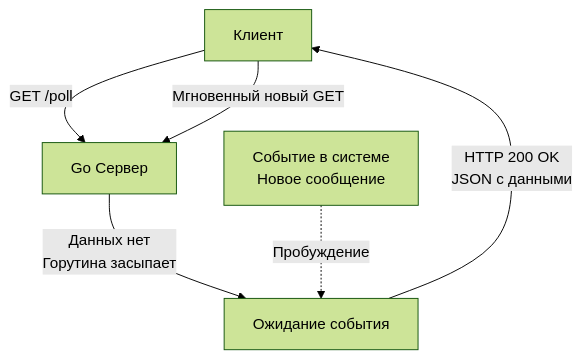
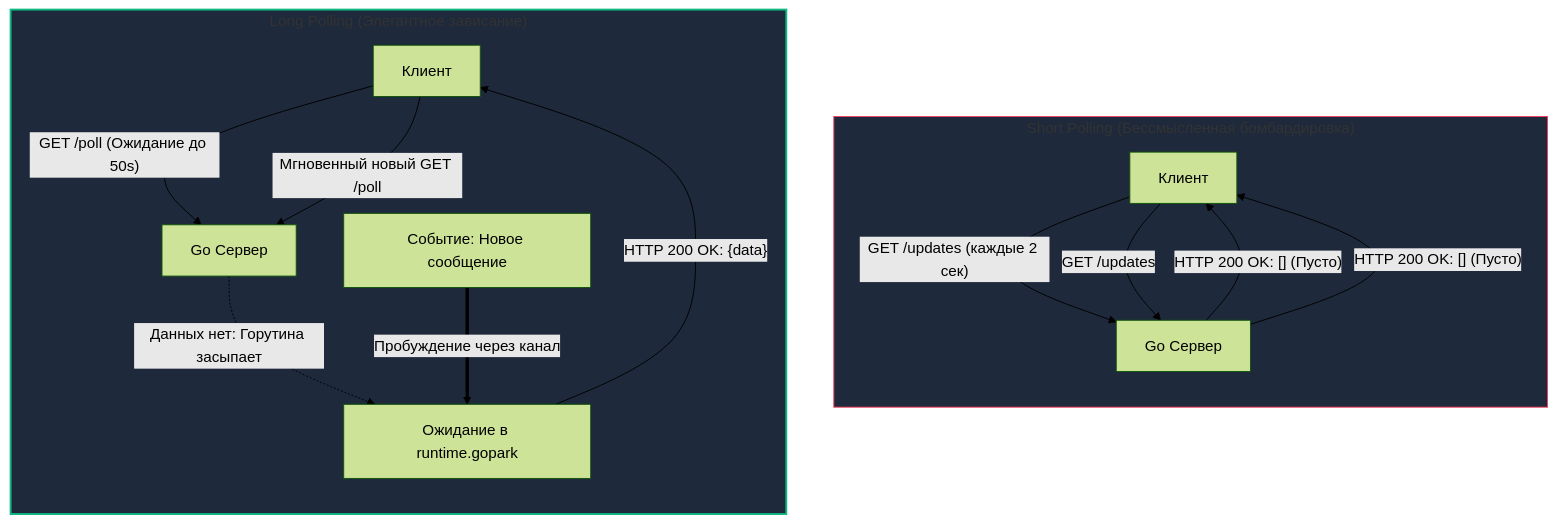
Before and after one commit to UnrealTemplier/go-textbook: the first of 3 diagrams in sources/10. Проектирование API и Сетевые протоколы/24. Long polling.md, drawn with Mermaid (forest theme). The commit also changed other lines of this file, not shown here.

````diff
--- a/sources/10. Проектирование API и Сетевые протоколы/24. Long polling.md
+++ b/sources/10. Проектирование API и Сетевые протоколы/24. Long polling.md
@@ -22,11 +28,22 @@
 ```mermaid
 flowchart TD
-    Client["Клиент"] -->|"GET /poll"| Server["Go Сервер"]
-    
-    Server -->|"Данных нет<br>Горутина засыпает"| Wait["Ожидание события"]
-    
-    Event["Событие в системе<br>Новое сообщение"] -.->|"Пробуждение"| Wait
-    
-    Wait -->|"HTTP 200 OK<br>JSON с данными"| Client
-    Client -->|"Мгновенный новый GET"| Server
+    subgraph SP ["Short Polling (Бессмысленная бомбардировка)"]
+        direction TB
+        C1["Клиент"] -->|"GET /updates (каждые 2 сек)"| S1["Go Сервер"]
+        S1 -->|"HTTP 200 OK: [] (Пусто)"| C1
+        C1 -->|"GET /updates"| S1
+        S1 -->|"HTTP 200 OK: [] (Пусто)"| C1
+    end
+
+    subgraph LP ["Long Polling (Элегантное зависание)"]
+        direction TB
+        C2["Клиент"] -->|"GET /poll (Ожидание до 50s)"| S2["Go Сервер"]
+        S2 -.->|"Данных нет: Горутина засыпает"| W["Ожидание в runtime.gopark"]
+        Ev["Событие: Новое сообщение"] ==>|"Пробуждение через канал"| W
+        W -->|"HTTP 200 OK: {data}"| C2
+        C2 -->|"Мгновенный новый GET /poll"| S2
+    end
+
+    style SP fill:#1e293b,stroke:#f43f5e,stroke-width:1px
+    style LP fill:#1e293b,stroke:#10b981,stroke-width:2px
 ```
````
